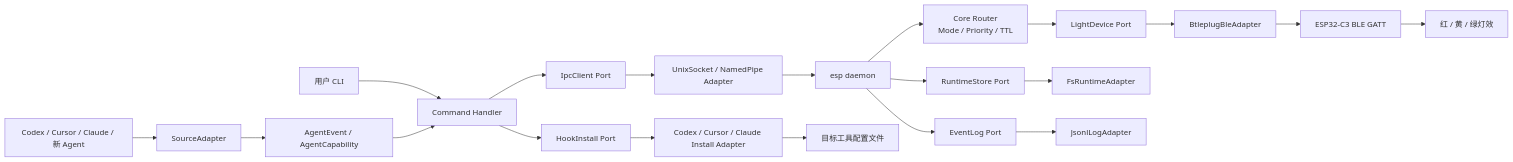
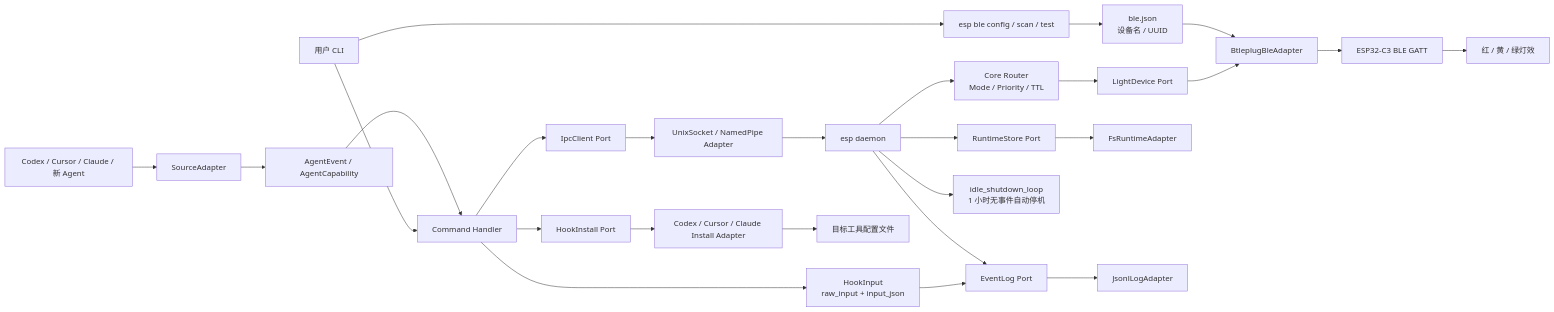
Before and after one commit to wangbosire/esp_agent_status_light: the diagram in docs/TECHNICAL_DESIGN.md, drawn with Mermaid. The commit also changed other lines of this file and 10 other files, not shown here.

First line of the commit message:
feat: add ble diagnostic commands, idle daemon shutdown, and stdin logging

````diff
--- a/docs/TECHNICAL_DESIGN.md
+++ b/docs/TECHNICAL_DESIGN.md
@@ -36,26 +36,32 @@
 ```mermaid
 flowchart LR
     Agent["Codex / Cursor / Claude / 新 Agent"] --> HookAdapter["SourceAdapter"]
     HookAdapter --> Event["AgentEvent / AgentCapability"]
     User["用户 CLI"] --> Command["Command Handler"]
+    User --> BleCmd["esp ble config / scan / test"]
 
     Event --> Command
+    Command --> HookInput["HookInput<br/>raw_input + input_json"]
+    HookInput --> LogPort
     Command --> IPCPort["IpcClient Port"]
     IPCPort --> IPCAdapter["UnixSocket / NamedPipe Adapter"]
     IPCAdapter --> Daemon["esp daemon"]
 
     Daemon --> Core["Core Router<br/>Mode / Priority / TTL"]
+    Daemon --> Idle["idle_shutdown_loop<br/>1 小时无事件自动停机"]
     Core --> DevicePort["LightDevice Port"]
     DevicePort --> BleAdapter["BtleplugBleAdapter"]
     BleAdapter --> Device["ESP32-C3 BLE GATT"]
     Device --> Light["红 / 黄 / 绿灯效"]
+    BleCmd --> BleConfig["ble.json<br/>设备名 / UUID"]
+    BleConfig --> BleAdapter
 
     Command --> InstallPort["HookInstall Port"]
     InstallPort --> InstallAdapter["Codex / Cursor / Claude Install Adapter"]
     InstallAdapter --> Config["目标工具配置文件"]
 
     Daemon --> RuntimePort["RuntimeStore Port"]
     RuntimePort --> RuntimeAdapter["FsRuntimeAdapter"]
     Daemon --> LogPort["EventLog Port"]
     LogPort --> LogAdapter["JsonlLogAdapter"]
 ```
````
